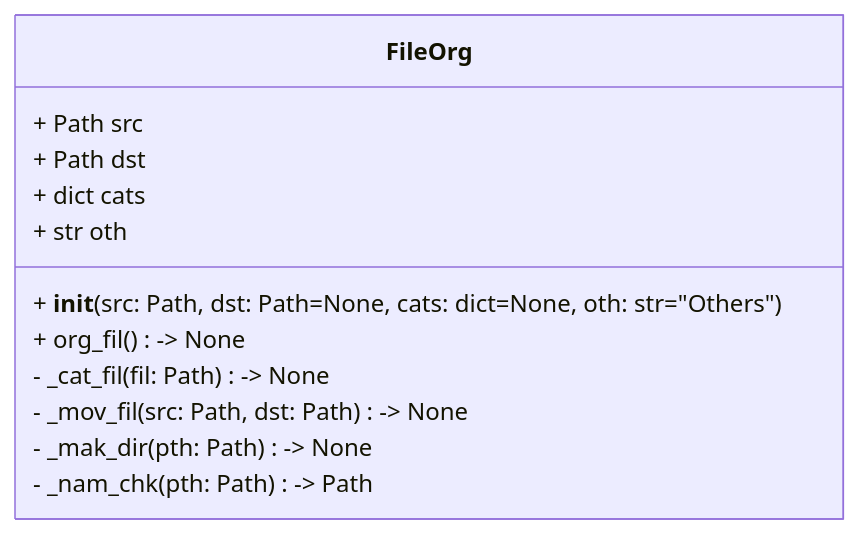
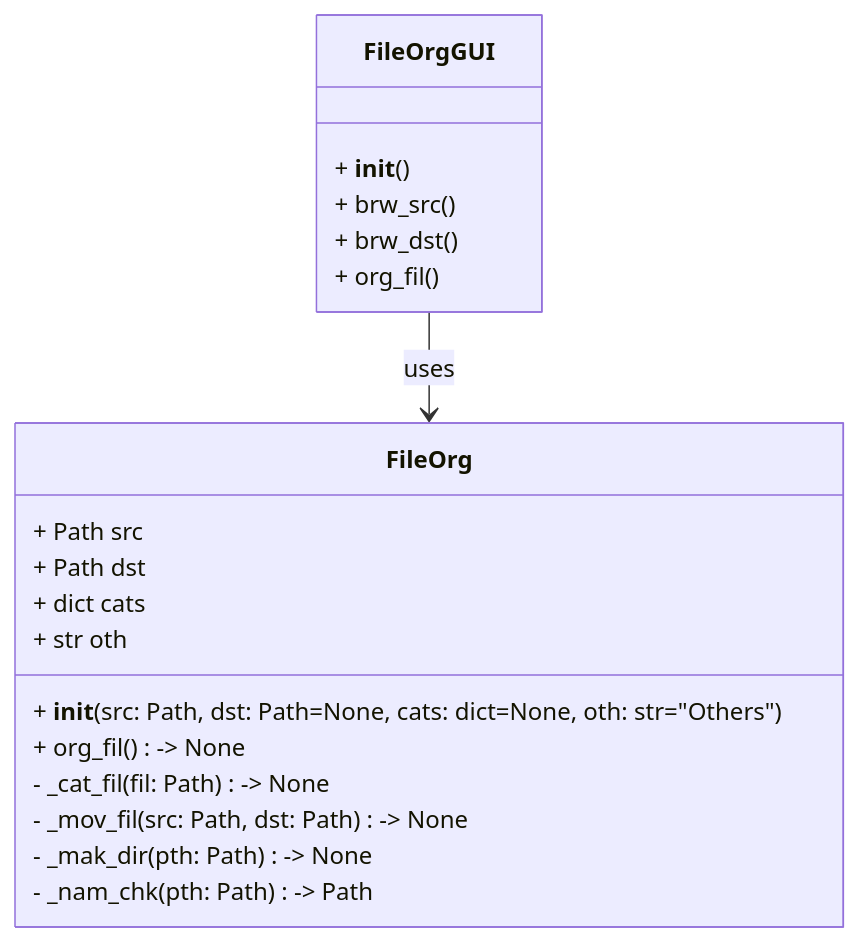
One commit to Sangaturcarawan/smart-file-org changed the diagram in README.md. Above: the diagram before and after it, drawn with Mermaid. The commit also changed other lines of this file and 4 other files, not shown here.

````diff
--- a/README.md
+++ b/README.md
@@ -49,15 +48,24 @@
 ```mermaid
 classDiagram
 class FileOrg {
   + __init__(src: Path, dst: Path=None, cats: dict=None, oth: str="Others")
   + Path src
   + Path dst
   + dict cats
   + str oth
   + org_fil() -> None
   - _cat_fil(fil: Path) -> None
   - _mov_fil(src: Path, dst: Path) -> None
   - _mak_dir(pth: Path) -> None
   - _nam_chk(pth: Path) -> Path
 }
+
+class FileOrgGUI {
+  + __init__()
+  + brw_src()
+  + brw_dst()
+  + org_fil()
+}
+
+FileOrgGUI --> FileOrg : uses
 ```
````
